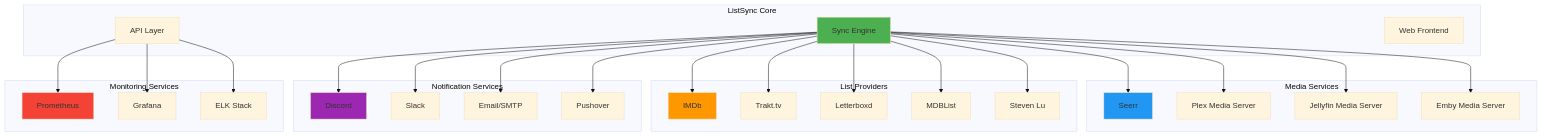
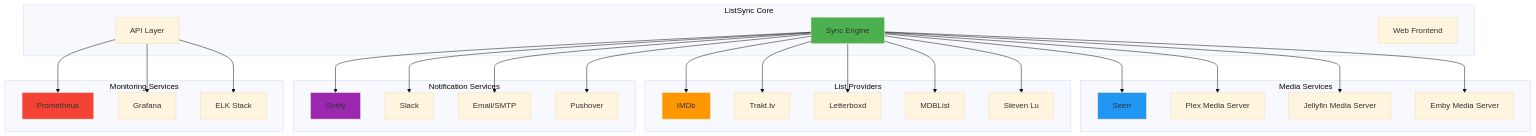
Diagram 18 of 20 in docs/architecture.md (martynvdijke/listsync), drawn with Mermaid (base theme) before and after one commit. The commit also changed other lines of this file and 44 other files, not shown here.

````diff
--- a/docs/architecture.md
+++ b/docs/architecture.md
@@ -1083,62 +1083,62 @@
 ```mermaid
 graph TB
     subgraph "ListSync Core"
         SyncEngine[Sync Engine]
         API[API Layer]
         Frontend[Web Frontend]
     end
     
     subgraph "Media Services"
         Seerr[Seerr]
         Plex[Plex Media Server]
         Jellyfin[Jellyfin Media Server]
         Emby[Emby Media Server]
     end
     
     subgraph "List Providers"
         IMDb[IMDb]
         Trakt[Trakt.tv]
         Letterboxd[Letterboxd]
         MDBList[MDBList]
         StevenLu[Steven Lu]
     end
     
     subgraph "Notification Services"
-        Discord[Discord]
+        Gotify[Gotify]
         Slack[Slack]
         Email[Email/SMTP]
         Pushover[Pushover]
     end
     
     subgraph "Monitoring Services"
         Prometheus[Prometheus]
         Grafana[Grafana]
         ELK[ELK Stack]
     end
     
     SyncEngine --> Seerr
     SyncEngine --> Plex
     SyncEngine --> Jellyfin
     SyncEngine --> Emby
     
     SyncEngine --> IMDb
     SyncEngine --> Trakt
     SyncEngine --> Letterboxd
     SyncEngine --> MDBList
     SyncEngine --> StevenLu
     
-    SyncEngine --> Discord
+    SyncEngine --> Gotify
     SyncEngine --> Slack
     SyncEngine --> Email
     SyncEngine --> Pushover
     
     API --> Prometheus
     API --> Grafana
     API --> ELK
     
     style SyncEngine fill:#4CAF50
     style Seerr fill:#2196F3
     style IMDb fill:#FF9800
-    style Discord fill:#9C27B0
+    style Gotify fill:#9C27B0
     style Prometheus fill:#f44336
 ```
````
